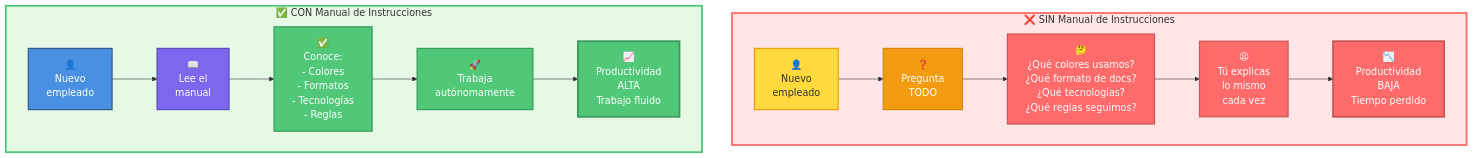
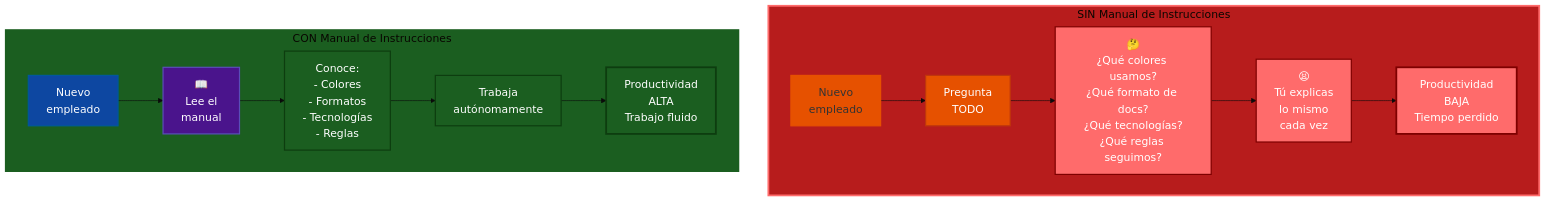
The first of 8 diagrams in courses/🟡-development/FPUNA-2026/00-FUNDAMENTOS-PRINCIPALES/04-ingenieria-contexto.md (Ai-Whisperers/Courses-Content), drawn with Mermaid before and after one commit. The commit also changed other lines of this file and 47 other files, not shown here.

First line of the commit message:
fix: Make all 473 diagrams WCAG AAA accessible (FPUNA-2026)

````diff
--- a/courses/🟡-development/FPUNA-2026/00-FUNDAMENTOS-PRINCIPALES/04-ingenieria-contexto.md
+++ b/courses/🟡-development/FPUNA-2026/00-FUNDAMENTOS-PRINCIPALES/04-ingenieria-contexto.md
@@ -66,31 +66,32 @@
 ```mermaid
+%%{init: {'theme':'base', 'themeVariables': {'fontSize':'18px'}}}%%
 graph TB
-    subgraph without["❌ SIN Manual de Instrucciones"]
-        A1["👤<br/>Nuevo<br/>empleado"] --> B1["❓<br/>Pregunta<br/>TODO"]
+    subgraph without["SIN Manual de Instrucciones"]
+        A1["Nuevo<br/>empleado"] --> B1["Pregunta<br/>TODO"]
         B1 --> C1["🤔<br/>¿Qué colores usamos?<br/>¿Qué formato de docs?<br/>¿Qué tecnologías?<br/>¿Qué reglas seguimos?"]
         C1 --> D1["😫<br/>Tú explicas<br/>lo mismo<br/>cada vez"]
-        D1 --> E1["📉<br/>Productividad<br/>BAJA<br/>Tiempo perdido"]
+        D1 --> E1["Productividad<br/>BAJA<br/>Tiempo perdido"]
     end
     
-    subgraph with["✅ CON Manual de Instrucciones"]
-        A2["👤<br/>Nuevo<br/>empleado"] --> B2["📖<br/>Lee el<br/>manual"]
-        B2 --> C2["✅<br/>Conoce:<br/>- Colores<br/>- Formatos<br/>- Tecnologías<br/>- Reglas"]
-        C2 --> D2["🚀<br/>Trabaja<br/>autónomamente"]
-        D2 --> E2["📈<br/>Productividad<br/>ALTA<br/>Trabajo fluido"]
+    subgraph with["CON Manual de Instrucciones"]
+        A2["Nuevo<br/>empleado"] --> B2["📖<br/>Lee el<br/>manual"]
+        B2 --> C2["Conoce:<br/>- Colores<br/>- Formatos<br/>- Tecnologías<br/>- Reglas"]
+        C2 --> D2["Trabaja<br/>autónomamente"]
+        D2 --> E2["Productividad<br/>ALTA<br/>Trabajo fluido"]
     end
     
-    style without fill:#FFE5E5,stroke:#FF6B6B,stroke-width:3px
-    style with fill:#E5F9E5,stroke:#50C878,stroke-width:3px
+    style without fill:#b71c1c,stroke:#FF6B6B,stroke-width:3px
+    style with fill:#1b5e20,stroke:#1b5e20,stroke-width:3px
     
-    style A1 fill:#FFD93D,stroke:#F39C12,stroke-width:2px,color:#333
-    style B1 fill:#F39C12,stroke:#D68910,stroke-width:2px,color:#fff
-    style C1 fill:#FF6B6B,stroke:#CC5555,stroke-width:2px,color:#fff
-    style D1 fill:#FF6B6B,stroke:#CC5555,stroke-width:2px,color:#fff
-    style E1 fill:#FF6B6B,stroke:#CC5555,stroke-width:3px,color:#fff
+    style A1 fill:#e65100,stroke:#e65100,stroke-width:2px,color:#333
+    style B1 fill:#e65100,stroke:#bf360c,stroke-width:2px,color:#fff
+    style C1 fill:#FF6B6B,stroke:#7f0000,stroke-width:2px,color:#fff
+    style D1 fill:#FF6B6B,stroke:#7f0000,stroke-width:2px,color:#fff
+    style E1 fill:#FF6B6B,stroke:#7f0000,stroke-width:3px,color:#fff
     
-    style A2 fill:#4A90E2,stroke:#2E5C8A,stroke-width:2px,color:#fff
-    style B2 fill:#7B68EE,stroke:#5A4DB8,stroke-width:2px,color:#fff
-    style C2 fill:#50C878,stroke:#3A9B5C,stroke-width:2px,color:#fff
-    style D2 fill:#50C878,stroke:#3A9B5C,stroke-width:2px,color:#fff
-    style E2 fill:#50C878,stroke:#3A9B5C,stroke-width:3px,color:#fff
+    style A2 fill:#0d47a1,stroke:#01579b,stroke-width:2px,color:#fff
+    style B2 fill:#4a148c,stroke:#5A4DB8,stroke-width:2px,color:#fff
+    style C2 fill:#1b5e20,stroke:#0d3d0f,stroke-width:2px,color:#fff
+    style D2 fill:#1b5e20,stroke:#0d3d0f,stroke-width:2px,color:#fff
+    style E2 fill:#1b5e20,stroke:#0d3d0f,stroke-width:3px,color:#fff
 ```
````
